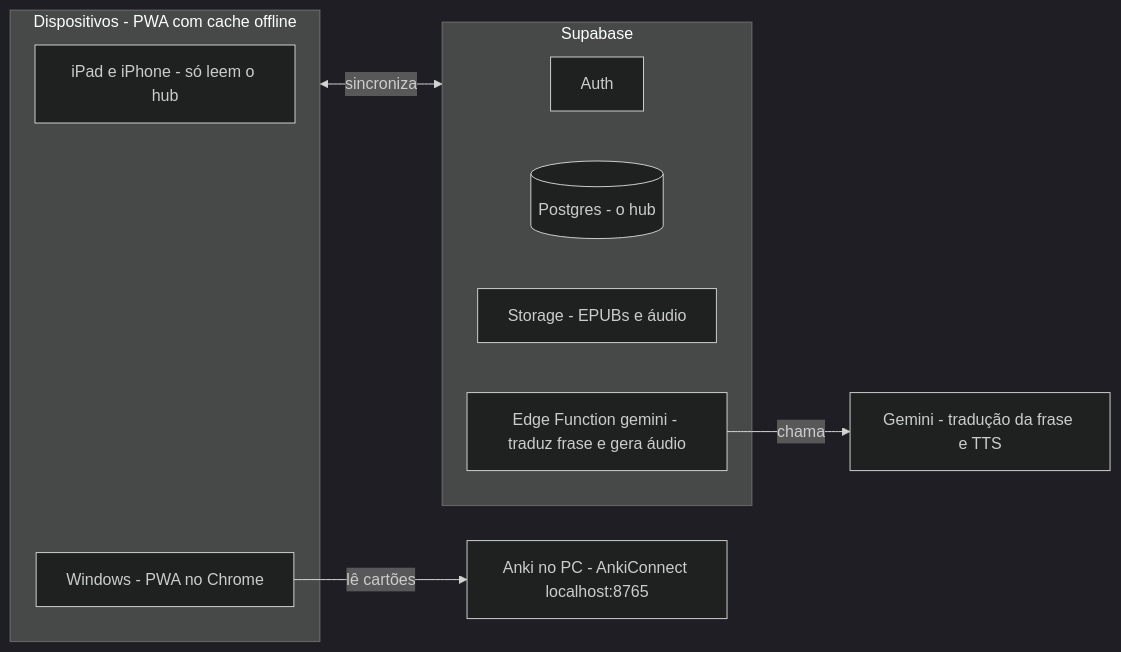
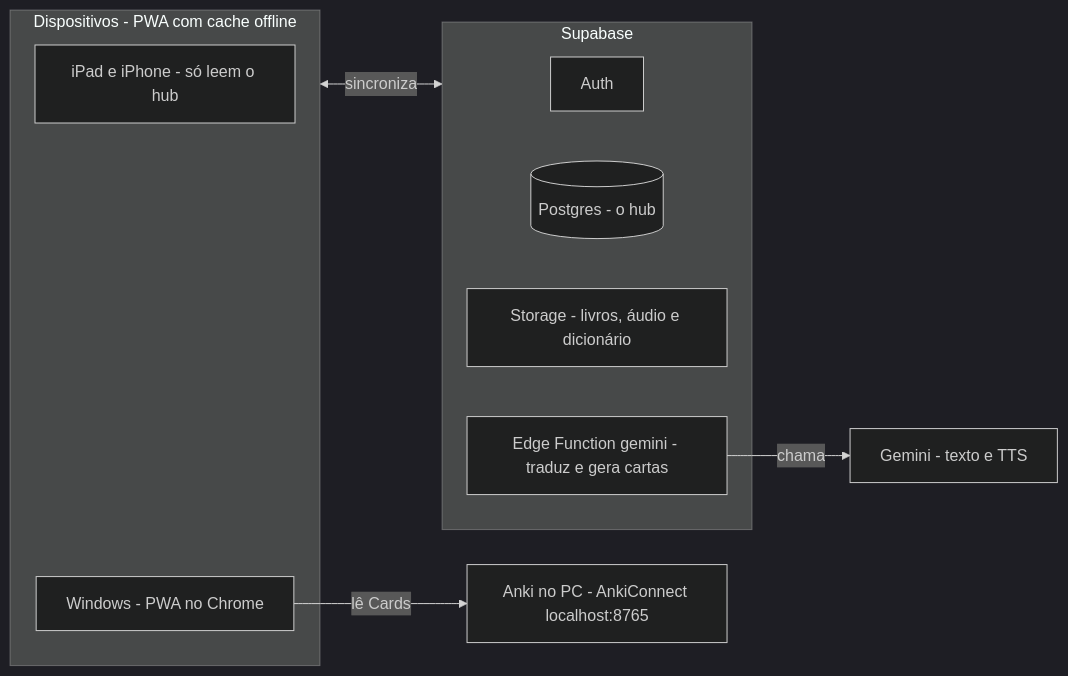
Before and after one commit to ttu-ttu/ebook-reader: the diagram in docs/ESCOPO.md, drawn with Mermaid (dark theme). The commit also changed other lines of this file and 4 other files, not shown here.

````diff
--- a/docs/ESCOPO.md
+++ b/docs/ESCOPO.md
@@ -184,18 +235,18 @@
 ```mermaid
 flowchart LR
   subgraph AW[Supabase]
     AU[Auth]
     DB[(Postgres - o hub)]
-    ST[Storage - EPUBs e áudio]
-    FN[Edge Function gemini - traduz frase e gera áudio]
+    ST[Storage - livros, áudio e dicionário]
+    FN[Edge Function gemini - traduz e gera cartas]
   end
   subgraph DV[Dispositivos - PWA com cache offline]
     IP[iPad e iPhone - só leem o hub]
     WN[Windows - PWA no Chrome]
   end
   AK[Anki no PC - AnkiConnect localhost:8765]
-  GM[Gemini - tradução da frase e TTS]
+  GM[Gemini - texto e TTS]
   DV <-->|sincroniza| AW
-  WN -->|lê cartões| AK
+  WN -->|lê Cards| AK
   FN -->|chama| GM
 ```
````
